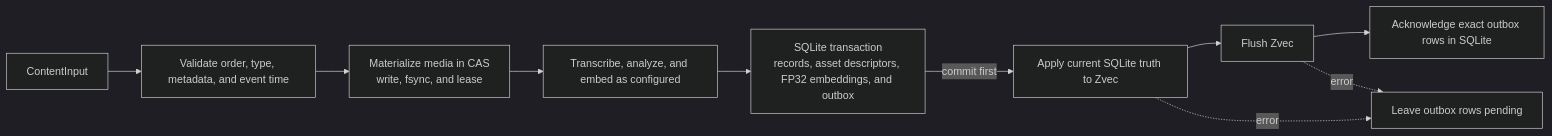
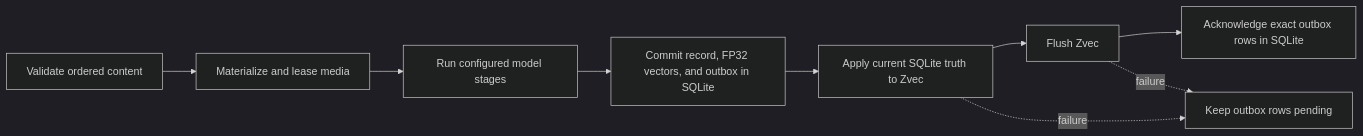
One commit to EventHorizon-Lab/MindBridge changed the first of 2 diagrams in docs/architecture.md. Above: the diagram before and after it, drawn with Mermaid (dark theme). The commit also changed other lines of this file and 16 other files, not shown here.

````diff
--- a/docs/architecture.md
+++ b/docs/architecture.md
@@ -26,12 +40,11 @@
 ```mermaid
 flowchart LR
-    input["ContentInput"] --> normalize["Validate order, type, metadata, and event time"]
-    normalize --> cas["Materialize media in CAS<br/>write, fsync, and lease"]
-    cas --> models["Transcribe, analyze, and embed as configured"]
-    models --> sqlite["SQLite transaction<br/>records, asset descriptors, FP32 embeddings, and outbox"]
-    sqlite -->|commit first| apply["Apply current SQLite truth to Zvec"]
-    apply --> flush["Flush Zvec"]
+    input["Validate ordered content"] --> assets["Materialize and lease media"]
+    assets --> models["Run configured model stages"]
+    models --> sqlite["Commit record, FP32 vectors, and outbox in SQLite"]
+    sqlite --> zvec["Apply current SQLite truth to Zvec"]
+    zvec --> flush["Flush Zvec"]
     flush --> ack["Acknowledge exact outbox rows in SQLite"]
-    apply -. error .-> pending["Leave outbox rows pending"]
-    flush -. error .-> pending
+    zvec -. failure .-> pending["Keep outbox rows pending"]
+    flush -. failure .-> pending
 ```
````
